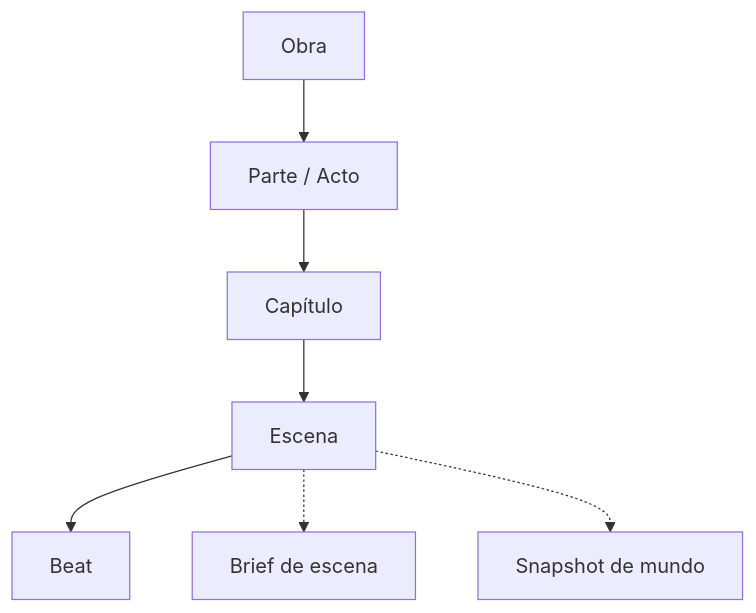
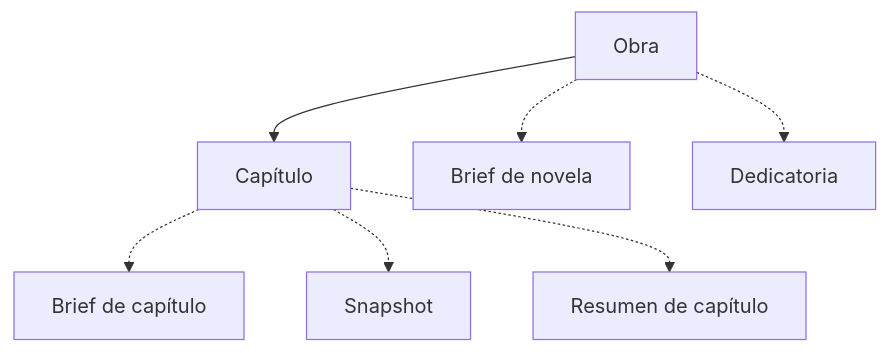
Before and after one commit to BrunoCrz3/MyStory: the third of 21 diagrams in docs/domain-knowledge.md, drawn with Mermaid. The commit also changed other lines of this file and 5 other files, not shown here.

````diff
--- a/docs/domain-knowledge.md
+++ b/docs/domain-knowledge.md
@@ -81,9 +57,9 @@
 ```mermaid
 flowchart TD
-  O[Obra] --> P[Parte / Acto]
-  P --> C[Capítulo]
-  C --> E[Escena]
-  E --> B[Beat]
-  E -.-> BR[Brief de escena]
-  E -.-> SN[Snapshot de mundo]
+  O[Obra] --> C[Capítulo]
+  O -.-> BN[Brief de novela]
+  O -.-> DED[Dedicatoria]
+  C -.-> BC[Brief de capítulo]
+  C -.-> SN[Snapshot]
+  C -.-> RC[Resumen de capítulo]
 ```
````
